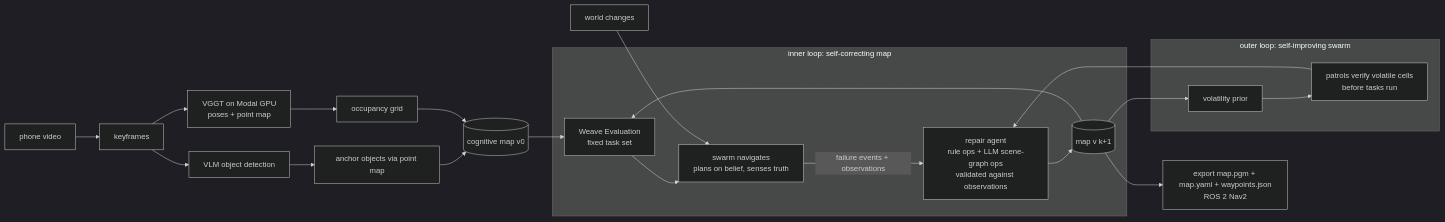
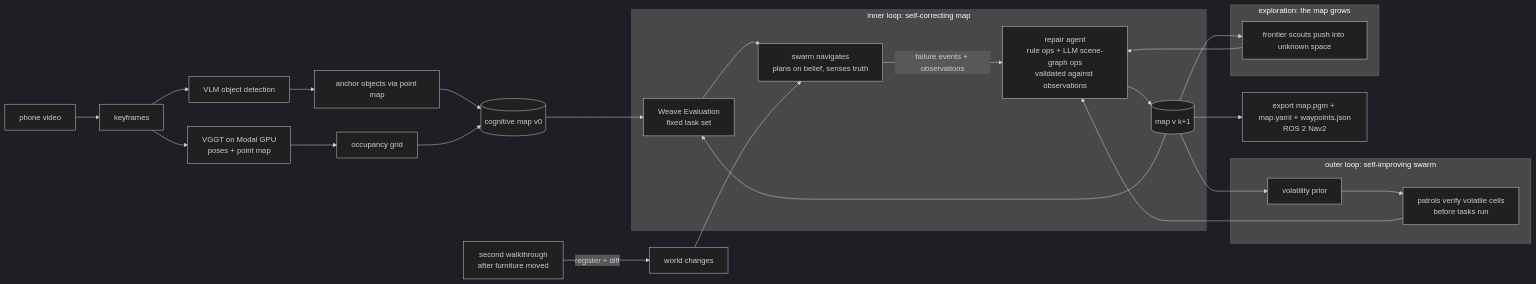
One commit to sissississi-013/cogmap changed the diagram in README.md. Above: the diagram before and after it, drawn with Mermaid (dark theme). The commit also changed other lines of this file, not shown here.

Commit message:
README: diagram with exploration + rescan, architecture listing, limitations refresh

````diff
--- a/README.md
+++ b/README.md
@@ -27,17 +27,21 @@
 ```mermaid
 flowchart LR
   V[phone video] --> F[keyframes] --> G[VGGT on Modal GPU<br/>poses + point map] --> O[occupancy grid]
   F --> D[VLM object detection] --> A[anchor objects via point map] --> M0[(cognitive map v0)]
   O --> M0
   M0 --> E[Weave Evaluation<br/>fixed task set]
   subgraph inner["inner loop: self-correcting map"]
     E --> S[swarm navigates<br/>plans on belief, senses truth]
     S -->|failure events + observations| R[repair agent<br/>rule ops + LLM scene-graph ops<br/>validated against observations]
     R --> Mk[(map v k+1)] --> E
   end
   subgraph outer["outer loop: self-improving swarm"]
     Mk --> Vol[volatility prior] --> P[patrols verify volatile cells<br/>before tasks run] --> R
   end
+  subgraph explore["exploration: the map grows"]
+    Mk --> Fr[frontier scouts push into unknown space] --> R
+  end
+  B[second walkthrough<br/>after furniture moved] -->|register + diff| W
   Mk --> X[export map.pgm + map.yaml + waypoints.json<br/>ROS 2 Nav2]
   W[world changes] --> S
 ```
````
